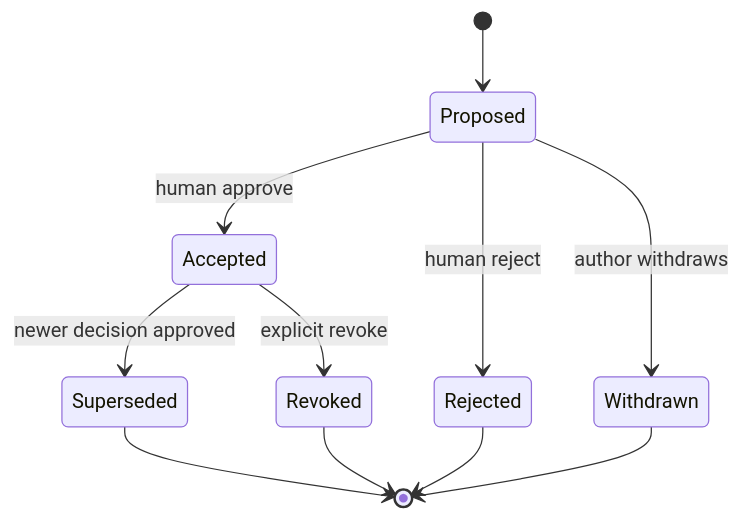
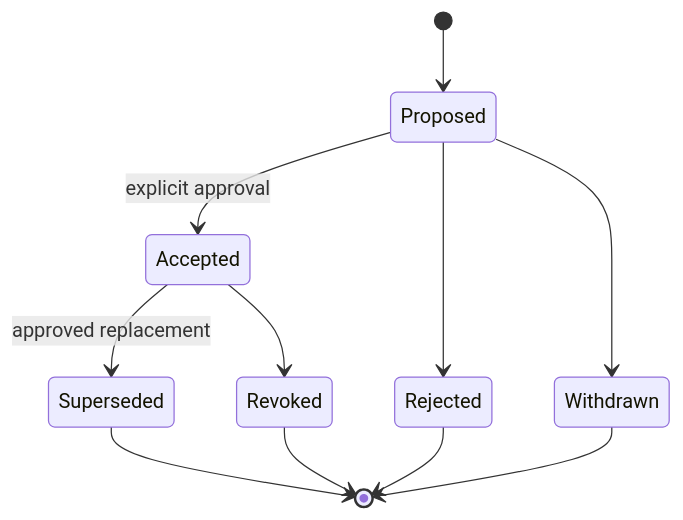
Before and after one commit to chris-madsen/Hybrid-RAG: the fourth of 5 diagrams in docs/architecture/04-fsm-workflows.md, drawn with Mermaid. The commit also changed other lines of this file and 37 other files, not shown here.

````diff
--- a/docs/architecture/04-fsm-workflows.md
+++ b/docs/architecture/04-fsm-workflows.md
@@ -78,13 +65,13 @@
 ```mermaid
 stateDiagram-v2
     [*] --> Proposed
-    Proposed --> Accepted: human approve
-    Proposed --> Rejected: human reject
-    Accepted --> Superseded: newer decision approved
-    Accepted --> Revoked: explicit revoke
-    Proposed --> Withdrawn: author withdraws
+    Proposed --> Accepted: explicit approval
+    Proposed --> Rejected
+    Proposed --> Withdrawn
+    Accepted --> Superseded: approved replacement
+    Accepted --> Revoked
     Superseded --> [*]
     Rejected --> [*]
+    Withdrawn --> [*]
     Revoked --> [*]
-    Withdrawn --> [*]
 ```
````
